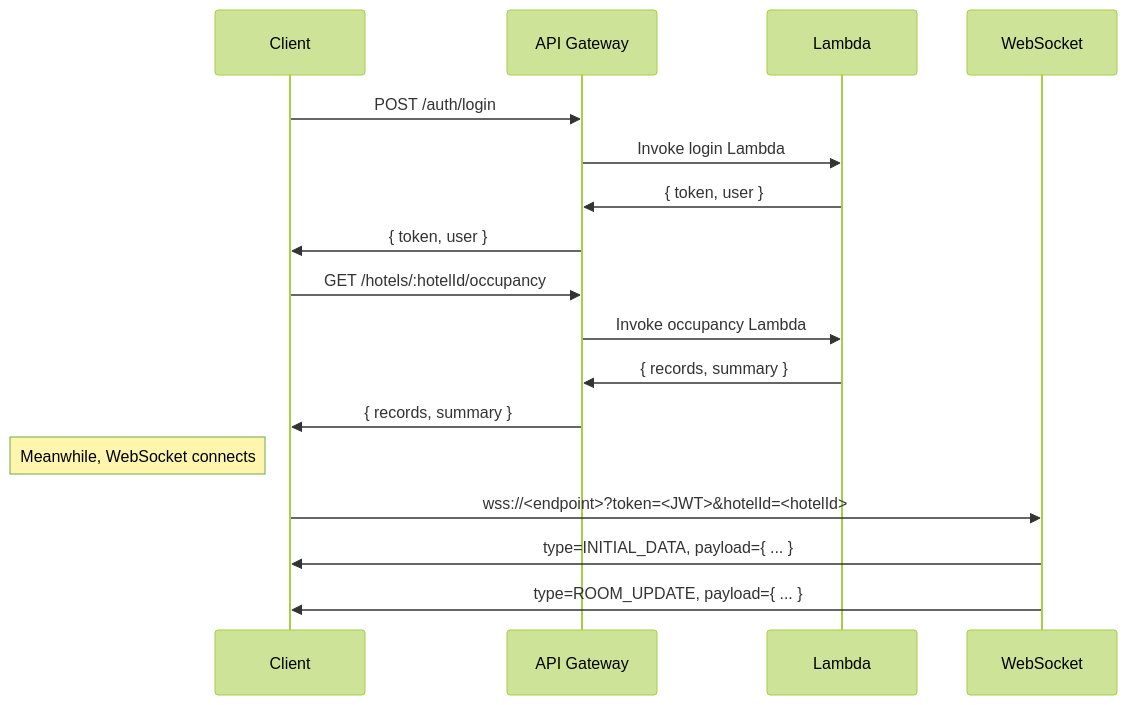
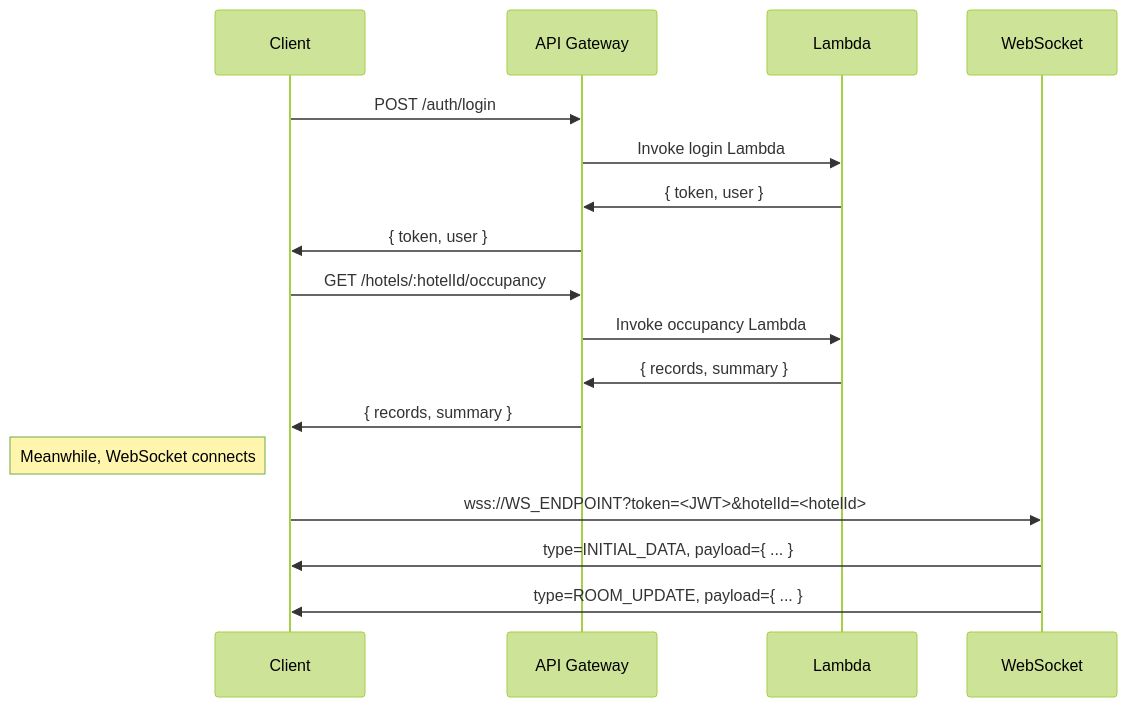
The diagram in Integration.md (walkin-watchdog/reports-dash-dev), drawn with Mermaid (forest theme) before and after one commit. The commit also changed other lines of this file and 27 other files, not shown here.

````diff
--- a/Integration.md
+++ b/Integration.md
@@ -337,23 +360,23 @@
 ```mermaid
 sequenceDiagram
     participant Client
     participant AWS_APIGateway as API Gateway
     participant Lambda
 
     Client->>AWS_APIGateway: POST /auth/login
     AWS_APIGateway->>Lambda: Invoke login Lambda
     Lambda->>AWS_APIGateway: { token, user }
     AWS_APIGateway->>Client: { token, user }
 
     Client->>AWS_APIGateway: GET /hotels/:hotelId/occupancy
     AWS_APIGateway->>Lambda: Invoke occupancy Lambda
     Lambda->>AWS_APIGateway: { records, summary }
     AWS_APIGateway->>Client: { records, summary }
 
     Note left of Client: Meanwhile, WebSocket connects
 
-    Client->>WebSocket: wss://<endpoint>?token=<JWT>&hotelId=<hotelId>
+    Client->>WebSocket: wss://WS_ENDPOINT?token=<JWT>&hotelId=<hotelId>
     WebSocket->>Client: type=INITIAL_DATA, payload={ ... }
 
     WebSocket->>Client: type=ROOM_UPDATE, payload={ ... }
 ```
````
